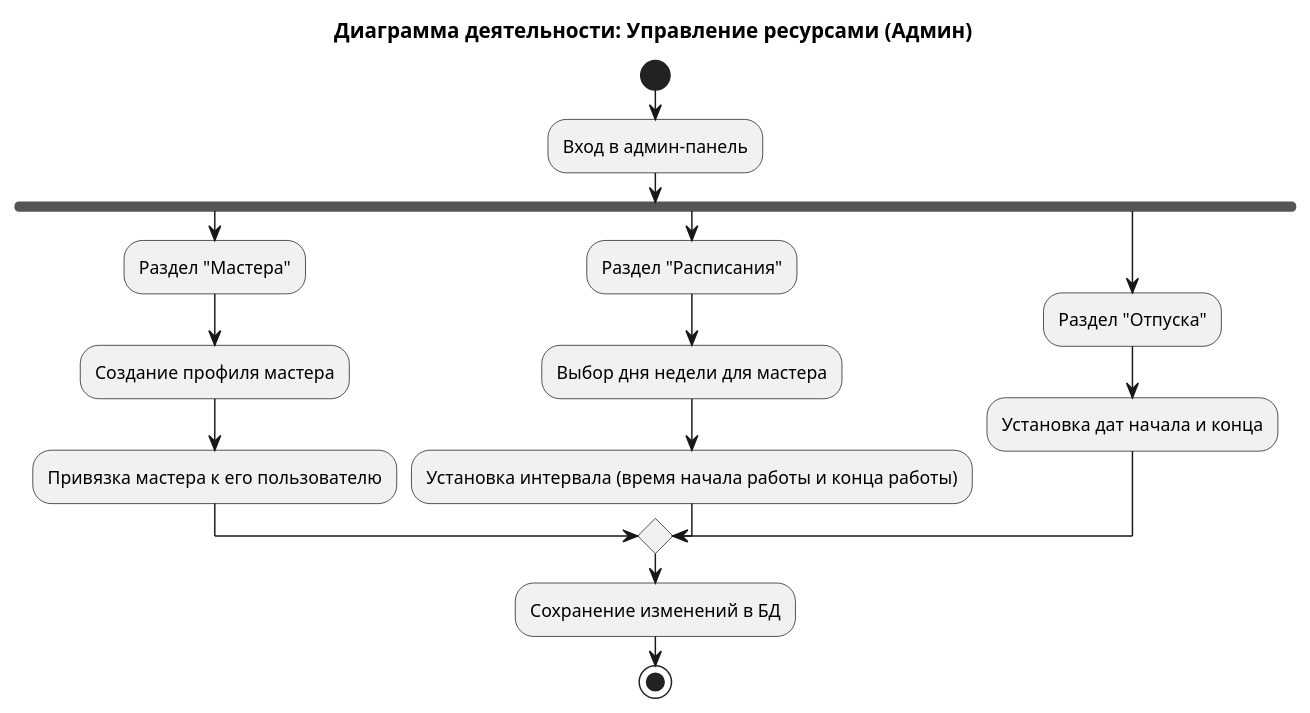
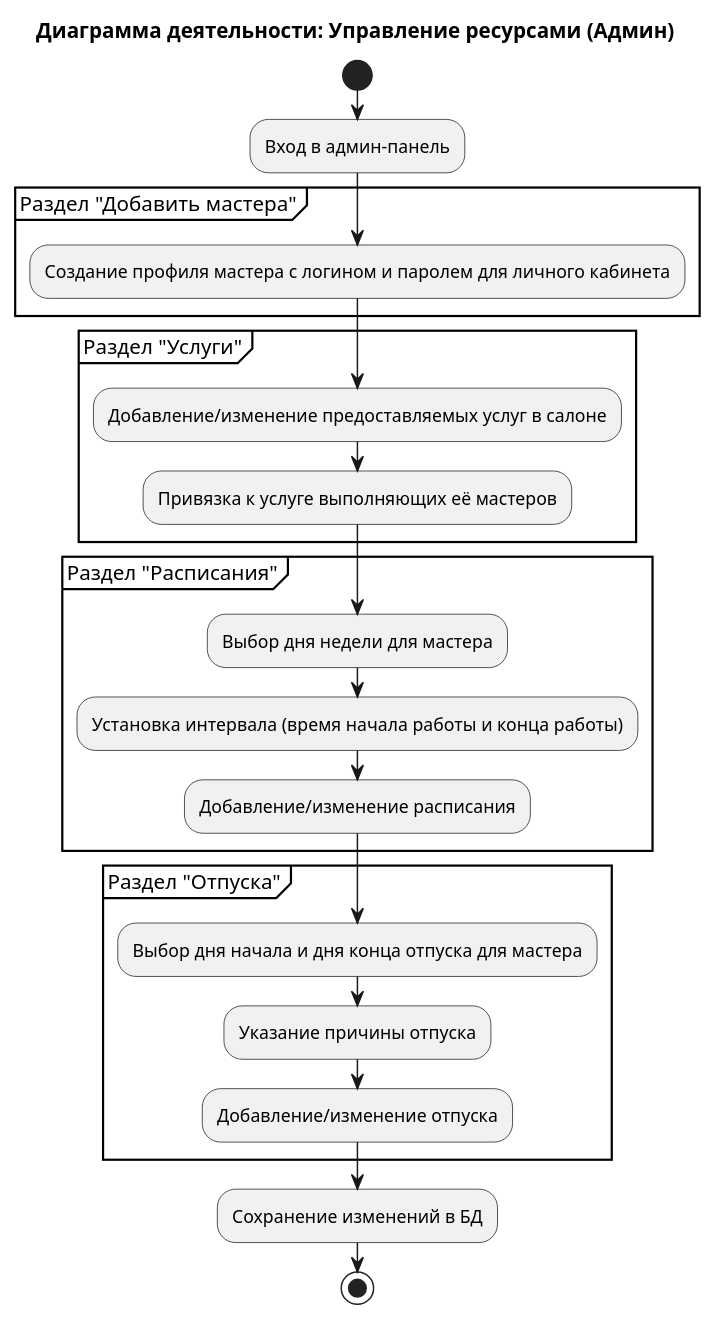
Before and after one commit to kr1ms0nh3ad/psychochainsaw_tattoo: the diagram in diagrams/activity/admin/activity_admin_1.puml, drawn with PlantUML. The commit also changed 458 other files, not shown here.

Commit message:
диаграммы и ПЗ

```diff
--- a/diagrams/activity/admin/activity_admin_1.puml
+++ b/diagrams/activity/admin/activity_admin_1.puml
@@ -1,22 +1,26 @@
 @startuml
 title Диаграмма деятельности: Управление ресурсами (Админ)
 
 start
 :Вход в админ-панель;
-fork
-    :Раздел "Мастера";
-    :Создание профиля мастера;
-    :Привязка мастера к его пользователю;
-fork again
-    :Раздел "Расписания";
+partition Раздел "Добавить мастера" {
+    :Создание профиля мастера с логином и паролем для личного кабинета;
+}
+partition Раздел "Услуги" {
+    :Добавление/изменение предоставляемых услуг в салоне;
+    :Привязка к услуге выполняющих её мастеров;
+}
+partition Раздел "Расписания" {
     :Выбор дня недели для мастера;
     :Установка интервала (время начала работы и конца работы);
-fork again
-    :Раздел "Отпуска";
-    :Установка дат начала и конца;
-end merge
-
+    :Добавление/изменение расписания;
+}
+partition Раздел "Отпуска" {
+    :Выбор дня начала и дня конца отпуска для мастера;
+    :Указание причины отпуска;
+    :Добавление/изменение отпуска;
+}
 :Сохранение изменений в БД;
 
 stop
 @enduml
```
